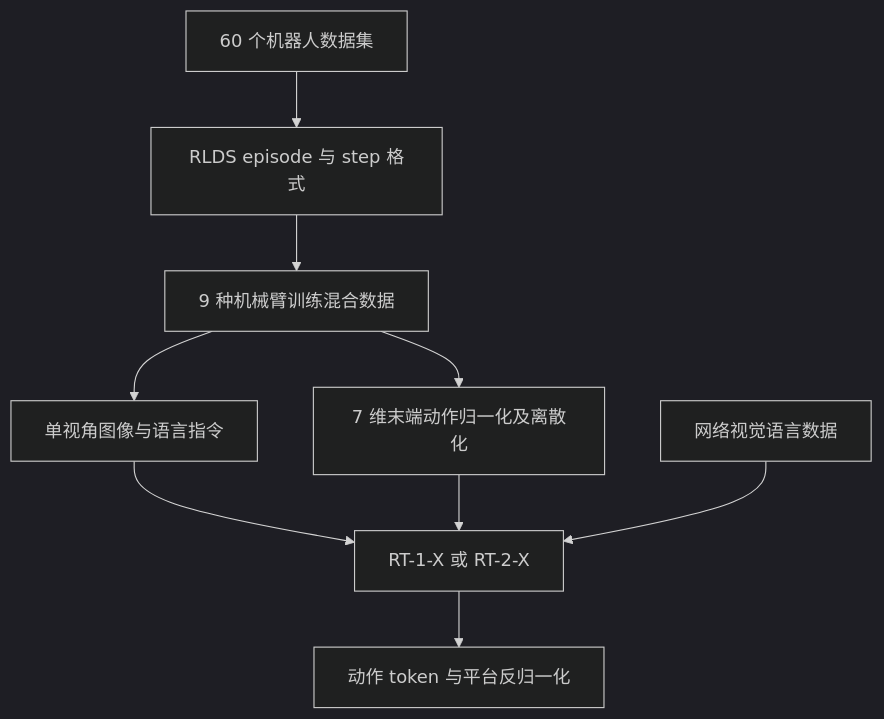
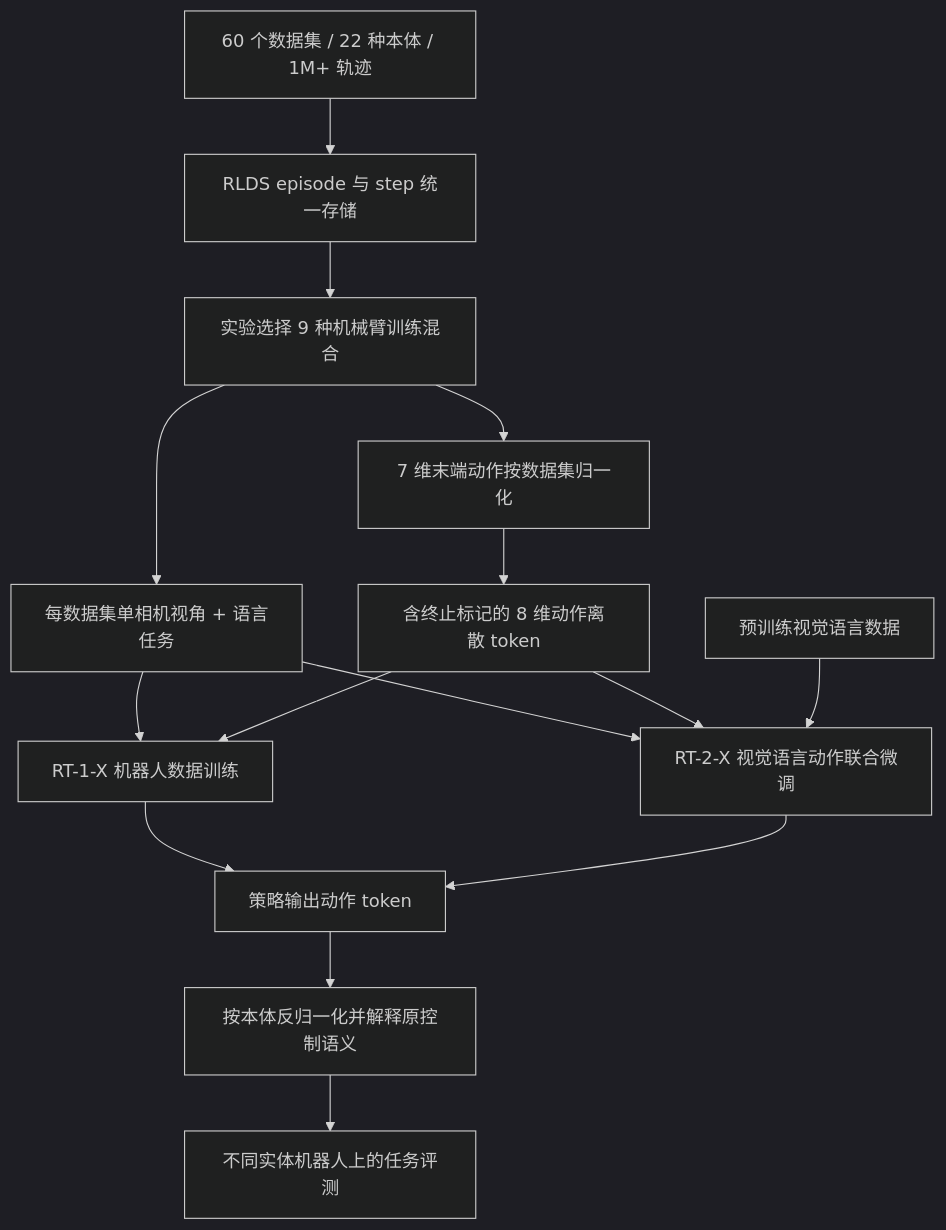
The first of 2 diagrams in wiki/entities/paper-open-x-embodiment.md (ImChong/Robotics_Notebooks), drawn with Mermaid (dark theme) before and after one commit. The commit also changed other lines of this file, not shown here.

Commit message:
[2026-11-08] ingest | wiki/entities/paper-open-x-embodiment.md — 深读 v9 并完善双 Mermaid、实验与开源边界

````diff
--- a/wiki/entities/paper-open-x-embodiment.md
+++ b/wiki/entities/paper-open-x-embodiment.md
@@ -66,11 +90,17 @@
 ```mermaid
 flowchart TD
-  A["60 个机器人数据集"] --> B["RLDS episode 与 step 格式"]
-  B --> C["9 种机械臂训练混合数据"]
-  C --> D["单视角图像与语言指令"]
-  C --> E["7 维末端动作归一化及离散化"]
-  D --> F["RT-1-X 或 RT-2-X"]
-  E --> F
-  G["网络视觉语言数据"] --> F
-  F --> I["动作 token 与平台反归一化"]
+  A["60 个数据集 / 22 种本体 / 1M+ 轨迹"] --> B["RLDS episode 与 step 统一存储"]
+  B --> C["实验选择 9 种机械臂训练混合"]
+  C --> D["每数据集单相机视角 + 语言任务"]
+  C --> E["7 维末端动作按数据集归一化"]
+  E --> F["含终止标记的 8 维动作离散 token"]
+  D --> G["RT-1-X 机器人数据训练"]
+  F --> G
+  D --> H["RT-2-X 视觉语言动作联合微调"]
+  F --> H
+  W["预训练视觉语言数据"] --> H
+  G --> I["策略输出动作 token"]
+  H --> I
+  I --> J["按本体反归一化并解释原控制语义"]
+  J --> K["不同实体机器人上的任务评测"]
 ```
````
